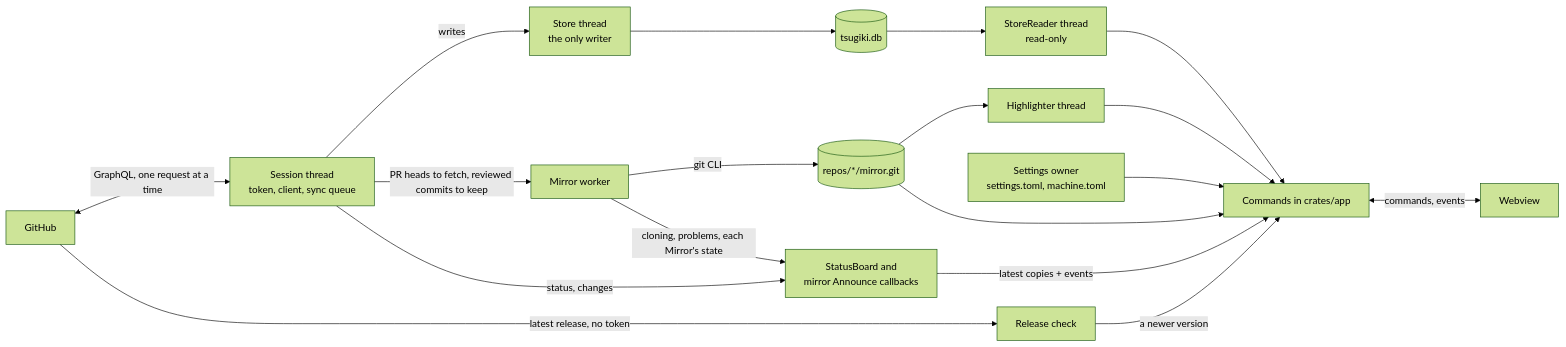
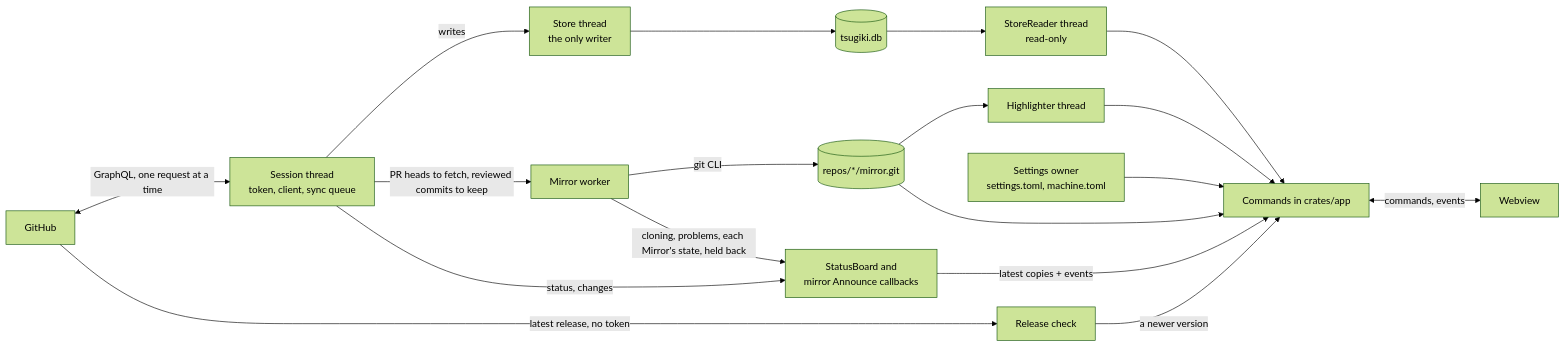
The diagram in docs/architecture.md (tsugiki/tsugiki), drawn with Mermaid (forest theme) before and after one commit. The commit also changed other lines of this file and 24 other files, not shown here.

````diff
--- a/docs/architecture.md
+++ b/docs/architecture.md
@@ -35,20 +35,20 @@
 ```mermaid
 flowchart LR
     gh[GitHub] <-->|GraphQL, one request at a time| session
     session[Session thread<br>token, client, sync queue] -->|writes| store[Store thread<br>the only writer]
     store --> db[(tsugiki.db)]
     db --> reader[StoreReader thread<br>read-only]
     session -->|PR heads to fetch, reviewed commits to keep| mirrors[Mirror worker]
     mirrors -->|git CLI| git[("repos/*/mirror.git")]
     session -->|status, changes| board[StatusBoard and<br>mirror Announce callbacks]
-    mirrors -->|cloning, problems, each Mirror's state| board
+    mirrors -->|cloning, problems, each Mirror's state, held back| board
     board -->|latest copies + events| app[Commands in crates/app]
     reader --> app
     git --> highlighter[Highlighter thread]
     git --> app
     highlighter --> app
     settings[Settings owner<br>settings.toml, machine.toml] --> app
     gh -->|latest release, no token| releases[Release check]
     releases -->|a newer version| app
     app <-->|commands, events| ui[Webview]
 ```
````
